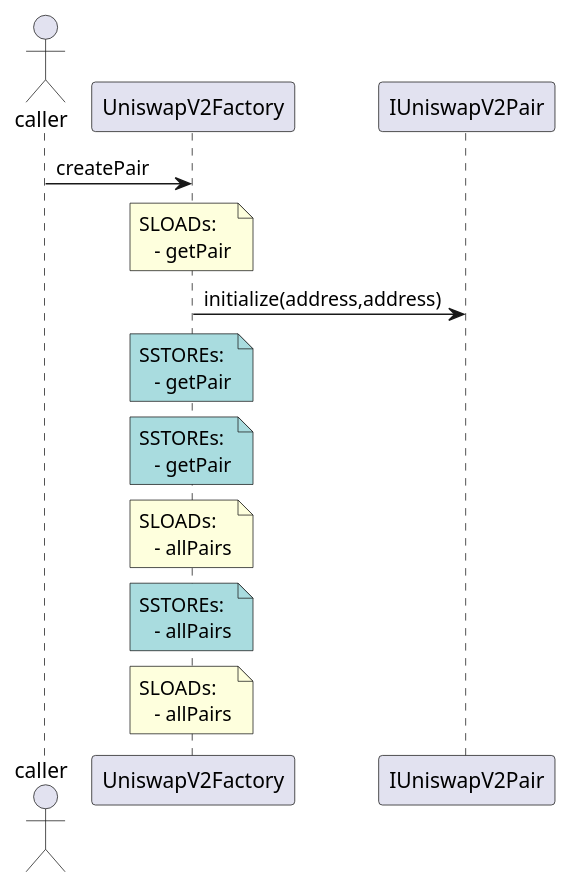
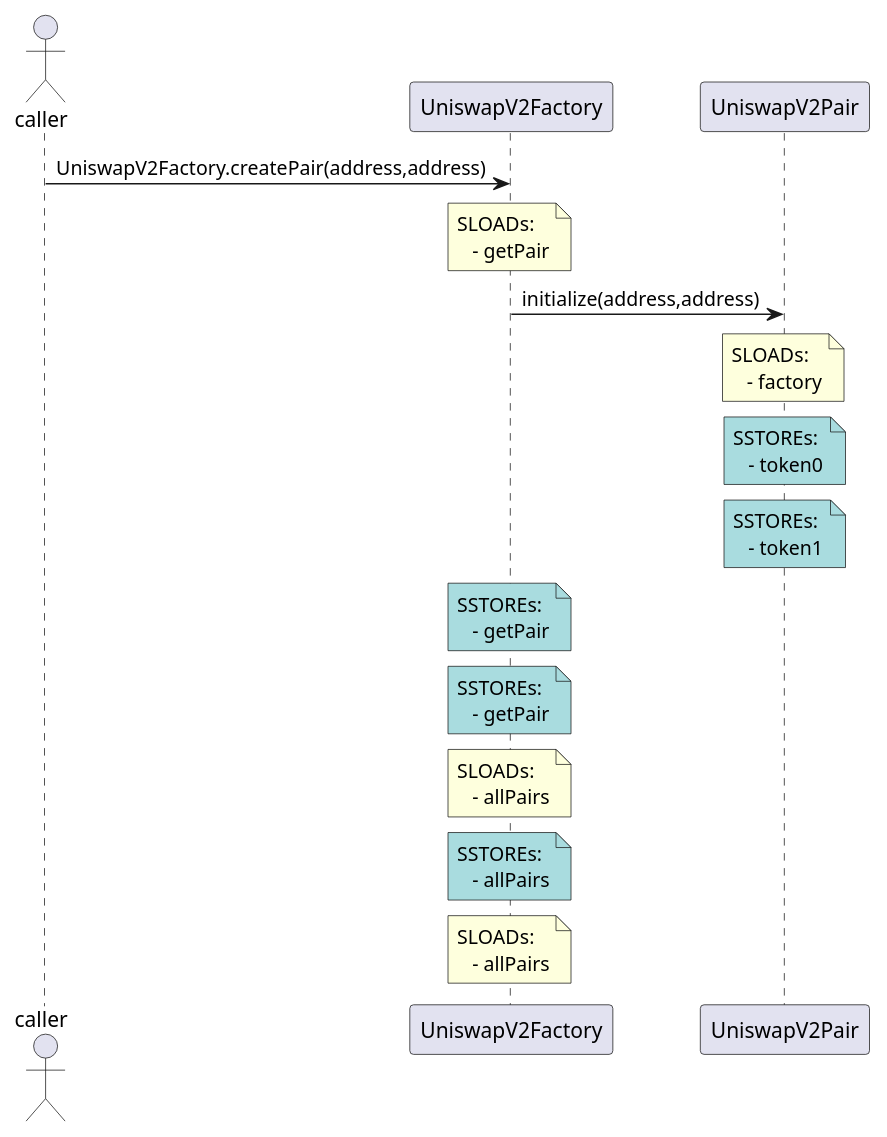
Before and after one commit to NoahMarconi/ethwaterloo-2023: the diagram in examples/printers/univ2/contracts/UniswapV2Factory.sol-UniswapV2FactorycreatePairaddressaddress.puml, drawn with PlantUML. The commit also changed 2 other files, not shown here.

```diff
--- a/examples/printers/univ2/contracts/UniswapV2Factory.sol-UniswapV2FactorycreatePairaddressaddress.puml
+++ b/examples/printers/univ2/contracts/UniswapV2Factory.sol-UniswapV2FactorycreatePairaddressaddress.puml
@@ -1,11 +1,14 @@
 @startuml
 actor caller 
-caller -> UniswapV2Factory: createPair
+caller -> UniswapV2Factory: UniswapV2Factory.createPair(address,address)
 note over UniswapV2Factory: SLOADs: \n   - getPair 
-UniswapV2Factory -> IUniswapV2Pair: initialize(address,address) 
+UniswapV2Factory -> UniswapV2Pair: initialize(address,address)
+note over UniswapV2Pair: SLOADs: \n   - factory 
+note over UniswapV2Pair #A9DCDF: SSTOREs: \n   - token0 
+note over UniswapV2Pair #A9DCDF: SSTOREs: \n   - token1 
 note over UniswapV2Factory #A9DCDF: SSTOREs: \n   - getPair 
 note over UniswapV2Factory #A9DCDF: SSTOREs: \n   - getPair
 note over UniswapV2Factory: SLOADs: \n   - allPairs 
 note over UniswapV2Factory #A9DCDF: SSTOREs: \n   - allPairs
 note over UniswapV2Factory: SLOADs: \n   - allPairs
 @enduml
```
